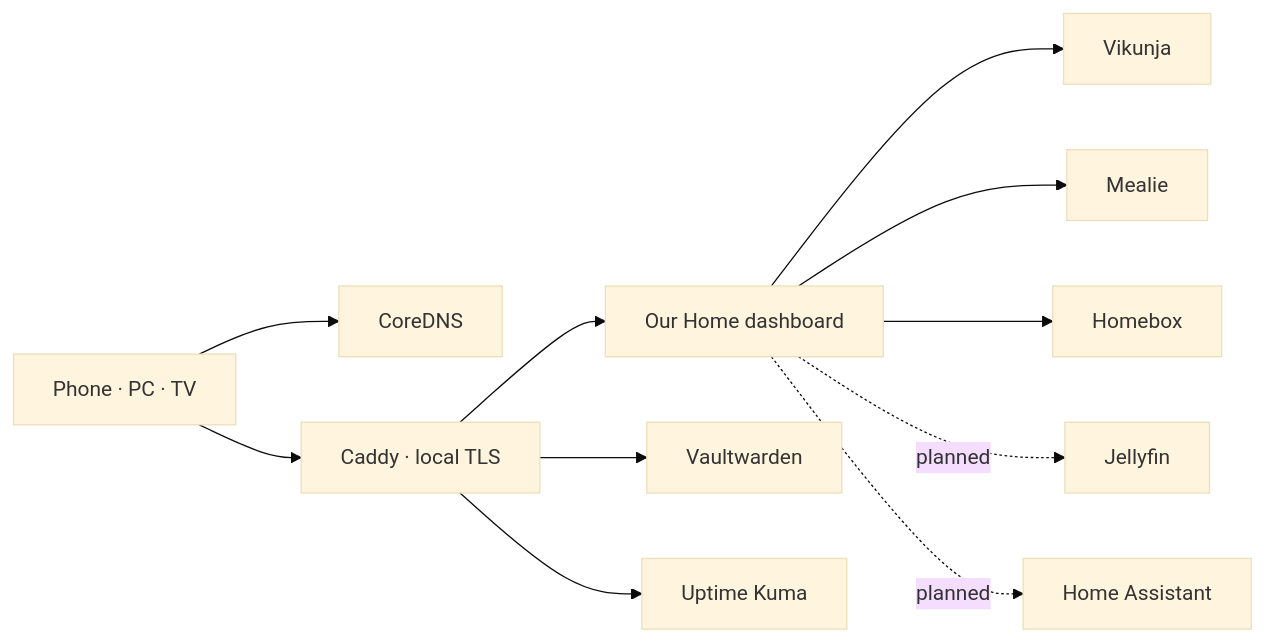
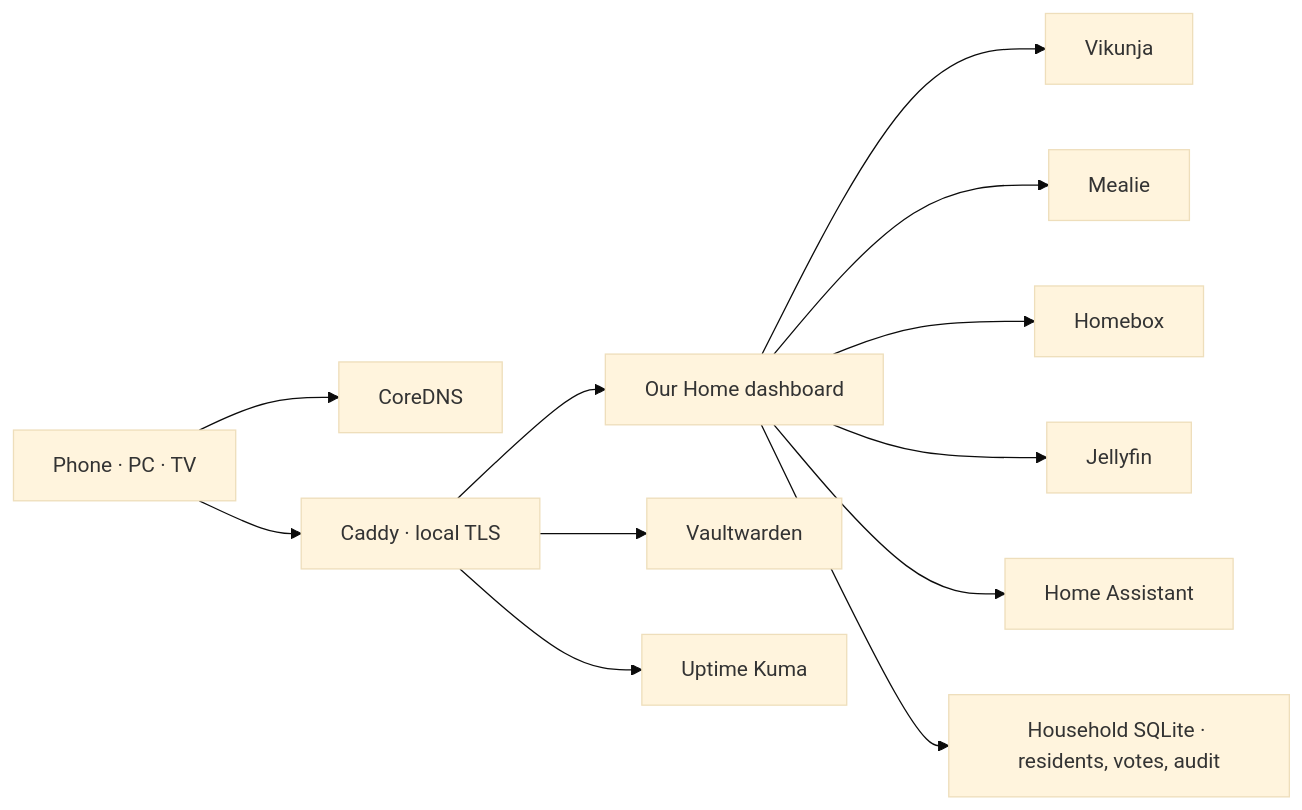
Before and after one commit to RomaSorokivskiy/homeservicehelper: the diagram in README.md, drawn with Mermaid (base theme). The commit also changed other lines of this file and 8 other files, not shown here.

````diff
--- a/README.md
+++ b/README.md
@@ -54,13 +59,14 @@
 ```mermaid
 flowchart LR
   Client["Phone · PC · TV"] --> DNS["CoreDNS"]
   Client --> TLS["Caddy · local TLS"]
   TLS --> Dashboard["Our Home dashboard"]
   Dashboard --> Vikunja
   Dashboard --> Mealie
   Dashboard --> Homebox
   TLS --> Vaultwarden
   TLS --> Kuma["Uptime Kuma"]
-  Dashboard -. planned .-> Jellyfin
-  Dashboard -. planned .-> HA["Home Assistant"]
+  Dashboard --> Jellyfin
+  Dashboard --> HA["Home Assistant"]
+  Dashboard --> State["Household SQLite · residents, votes, audit"]
 ```
````
